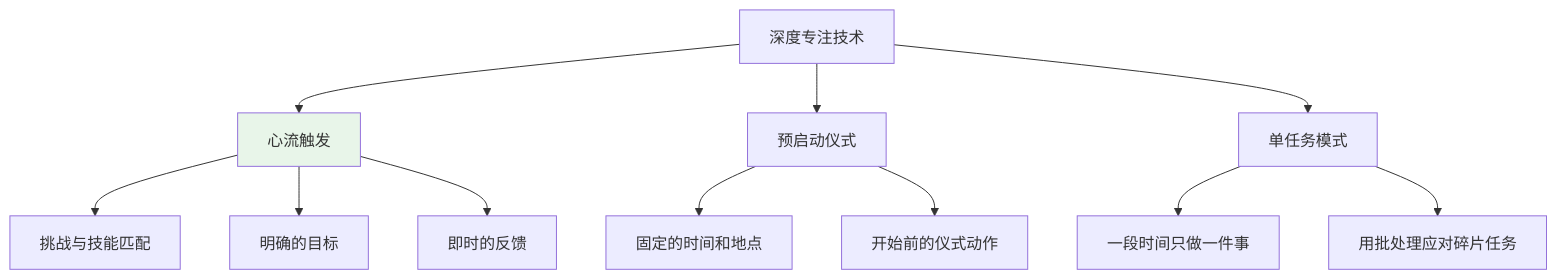
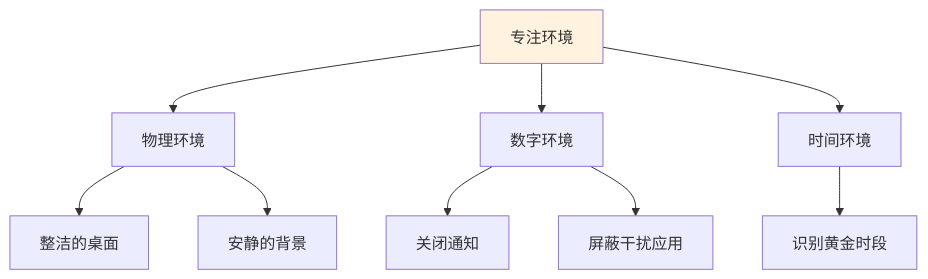
Before and after one commit to chongyang211/YCBookBlog: the fourth of 7 diagrams in 10.打工充平常记录/10.自我精进七课/07.底层思维的训练/7.1专注能力的提升.md, drawn with Mermaid. The commit also changed other lines of this file and 55 other files, not shown here.

````diff
--- a/10.打工充平常记录/10.自我精进七课/07.底层思维的训练/7.1专注能力的提升.md
+++ b/10.打工充平常记录/10.自我精进七课/07.底层思维的训练/7.1专注能力的提升.md
@@ -210,14 +137,12 @@
 ```mermaid
 graph TD
-    A[深度专注技术] --> B[心流触发]
-    A --> C[预启动仪式]
-    A --> D[单任务模式]
-    B --> B1[挑战与技能匹配]
-    B --> B2[明确的目标]
-    B --> B3[即时的反馈]
-    C --> C1[固定的时间和地点]
-    C --> C2[开始前的仪式动作]
-    D --> D1[一段时间只做一件事]
-    D --> D2[用批处理应对碎片任务]
-    style B fill:#e8f5e9
+    A[专注环境] --> B[物理环境]
+    A --> C[数字环境]
+    A --> D[时间环境]
+    B --> B1[整洁的桌面]
+    B --> B2[安静的背景]
+    C --> C1[关闭通知]
+    C --> C2[屏蔽干扰应用]
+    D --> D1[识别黄金时段]
+    style A fill:#fff3e0
 ```
````
